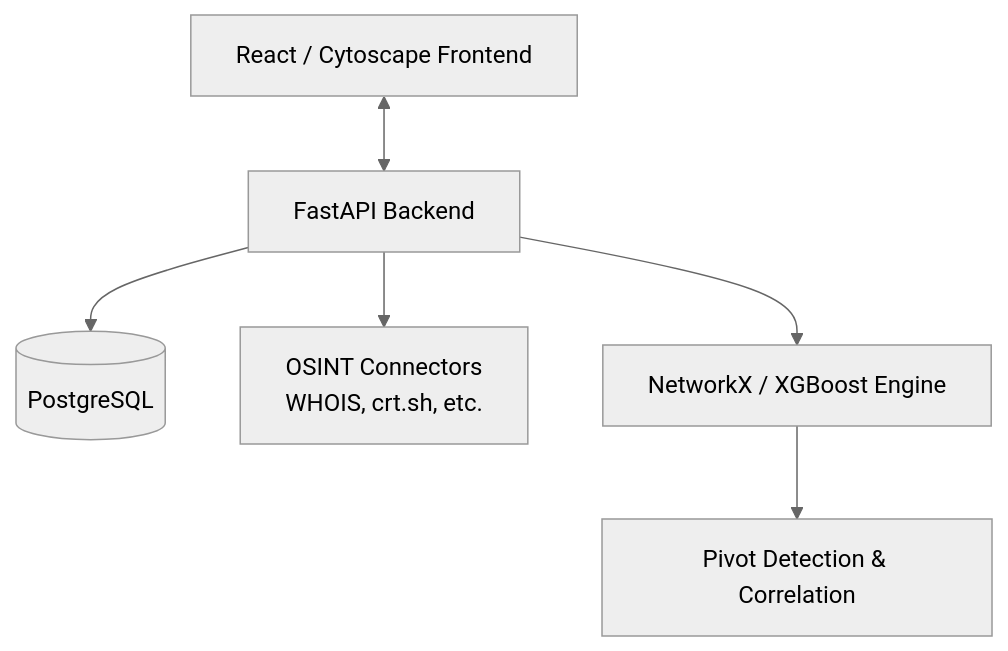
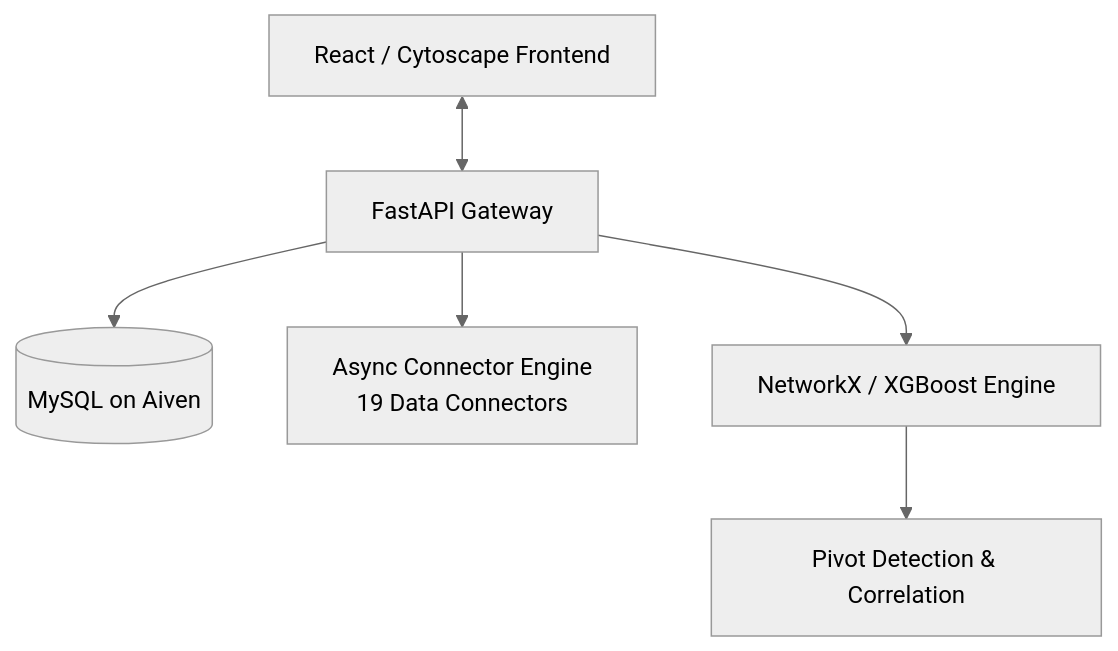
Before and after one commit to NishchayMittal/ERakshak: the first of 2 diagrams in README.md, drawn with Mermaid (neutral theme). The commit also changed other lines of this file and 8 other files, not shown here.

Commit message:
chore: Final documentation, schema, and config updates for hackathon submission

````diff
--- a/README.md
+++ b/README.md
@@ -55,8 +96,8 @@
 ```mermaid
 graph TD
-    UI[React / Cytoscape Frontend] <--> API[FastAPI Backend]
-    API --> DB[(PostgreSQL)]
-    API --> OSINT[OSINT Connectors \nWHOIS, crt.sh, etc.]
+    UI[React / Cytoscape Frontend] <--> API[FastAPI Gateway]
+    API --> DB[(MySQL on Aiven)]
+    API --> OSINT[Async Connector Engine \n19 Data Connectors]
     API --> ML[NetworkX / XGBoost Engine]
     ML --> Correlate[Pivot Detection & Correlation]
 ```
````
